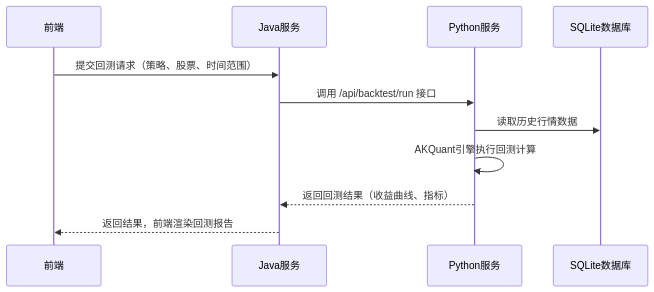
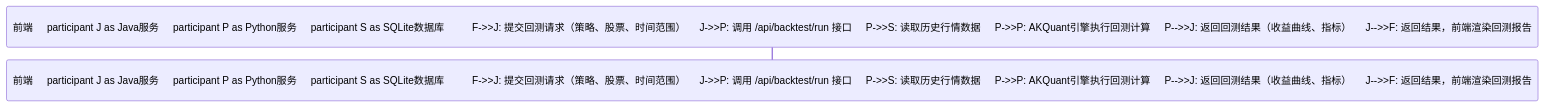
The third of 3 diagrams in 量化/个人股票分析软件架构方案.md (liuxi1211/JavaDevNotes), drawn with Mermaid before and after one commit. The commit also changed other lines of this file and 2 other files, not shown here.

````diff
--- a/量化/个人股票分析软件架构方案.md
+++ b/量化/个人股票分析软件架构方案.md
@@ -375,14 +302,3 @@
-```mermaid
-sequenceDiagram  
-    participant F as 前端  
-    participant J as Java服务  
-    participant P as Python服务  
-    participant S as SQLite数据库  
-      
-    F->>J: 提交回测请求（策略、股票、时间范围）  
-    J->>P: 调用 /api/backtest/run 接口  
-    P->>S: 读取历史行情数据  
-    P->>P: AKQuant引擎执行回测计算  
-    P-->>J: 返回回测结果（收益曲线、指标）  
-    J-->>F: 返回结果，前端渲染回测报告
-```
+```mermaid  
+sequenceDiagram      participant F as 前端      participant J as Java服务      participant P as Python服务      participant S as SQLite数据库            F->>J: 提交回测请求（策略、股票、时间范围）      J->>P: 调用 /api/backtest/run 接口      P->>S: 读取历史行情数据      P->>P: AKQuant引擎执行回测计算      P-->>J: 返回回测结果（收益曲线、指标）      J-->>F: 返回结果，前端渲染回测报告  
+```  
````
